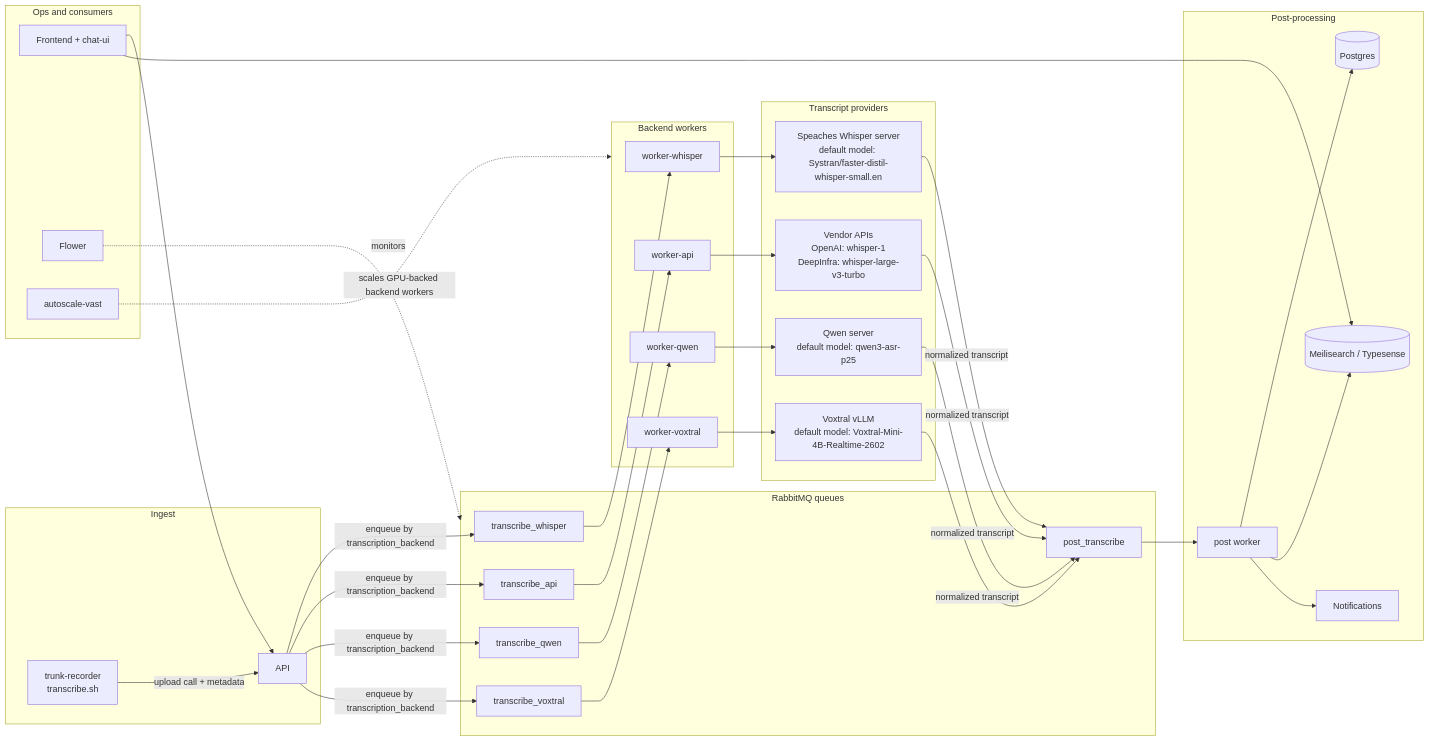
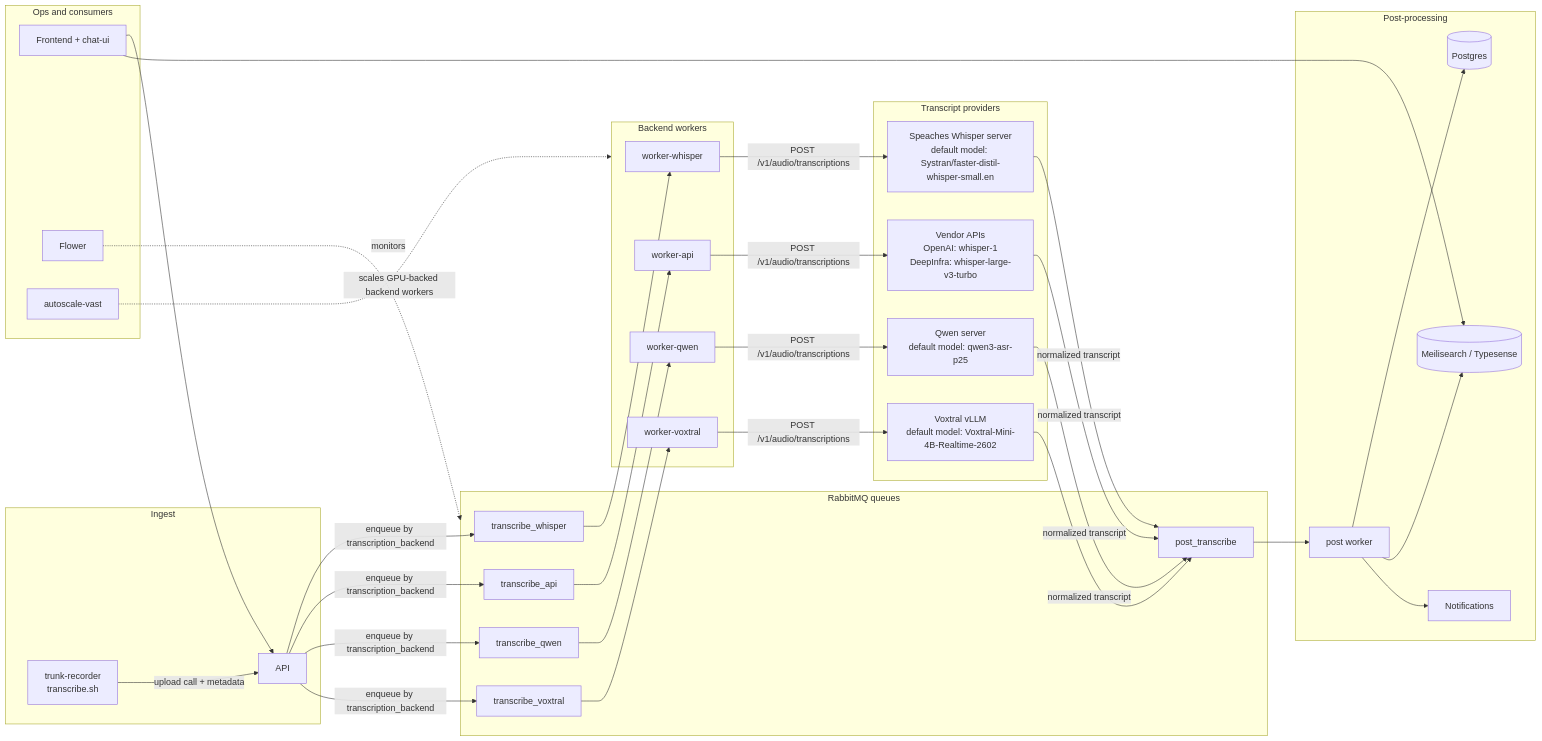
The diagram in docs/architecture.md (CrimeIsDown/trunk-transcribe), drawn with Mermaid before and after one commit. The commit also changed other lines of this file and 4 other files, not shown here.

````diff
--- a/docs/architecture.md
+++ b/docs/architecture.md
@@ -14,63 +15,68 @@
 ```mermaid
 flowchart LR
     subgraph INGEST[Ingest]
         TR[trunk-recorder<br/>transcribe.sh]
         API[API]
     end
 
     subgraph QUEUES[RabbitMQ queues]
         QW[transcribe_whisper]
         QA[transcribe_api]
         QQ[transcribe_qwen]
         QV[transcribe_voxtral]
         QP[post_transcribe]
     end
 
     subgraph EXEC[Backend workers]
         WP[worker-whisper]
         WA[worker-api]
         WQ[worker-qwen]
         WV[worker-voxtral]
     end
 
     subgraph PROVIDERS[Transcript providers]
         PW[Speaches Whisper server<br/>default model: Systran/faster-distil-whisper-small.en]
         PA[Vendor APIs<br/>OpenAI: whisper-1<br/>DeepInfra: whisper-large-v3-turbo]
         PQW[Qwen server<br/>default model: qwen3-asr-p25]
         PV[Voxtral vLLM<br/>default model: Voxtral-Mini-4B-Realtime-2602]
     end
 
     subgraph POSTPROC[Post-processing]
         POST[post worker]
         DB[(Postgres)]
         SEARCH[(Meilisearch / Typesense)]
         NOTIFY[Notifications]
     end
 
     subgraph OPS[Ops and consumers]
         UI[Frontend + chat-ui]
         FLOWER[Flower]
         AUTO[autoscale-vast]
     end
 
     TR -->|upload call + metadata| API
     API -->|enqueue by transcription_backend| QW
     API -->|enqueue by transcription_backend| QA
     API -->|enqueue by transcription_backend| QQ
     API -->|enqueue by transcription_backend| QV
 
-    QW --> WP --> PW -->|normalized transcript| QP
-    QA --> WA --> PA -->|normalized transcript| QP
-    QQ --> WQ --> PQW -->|normalized transcript| QP
-    QV --> WV --> PV -->|normalized transcript| QP
+    QW --> WP -->|POST /v1/audio/transcriptions| PW
+    QA --> WA -->|POST /v1/audio/transcriptions| PA
+    QQ --> WQ -->|POST /v1/audio/transcriptions| PQW
+    QV --> WV -->|POST /v1/audio/transcriptions| PV
+
+    PW -->|normalized transcript| QP
+    PA -->|normalized transcript| QP
+    PQW -->|normalized transcript| QP
+    PV -->|normalized transcript| QP
 
     QP --> POST
     POST --> DB
     POST --> SEARCH
     POST --> NOTIFY
 
     UI --> API
     UI --> SEARCH
     FLOWER -. monitors .-> QUEUES
     AUTO -. scales GPU-backed backend workers .-> EXEC
 ```
````
